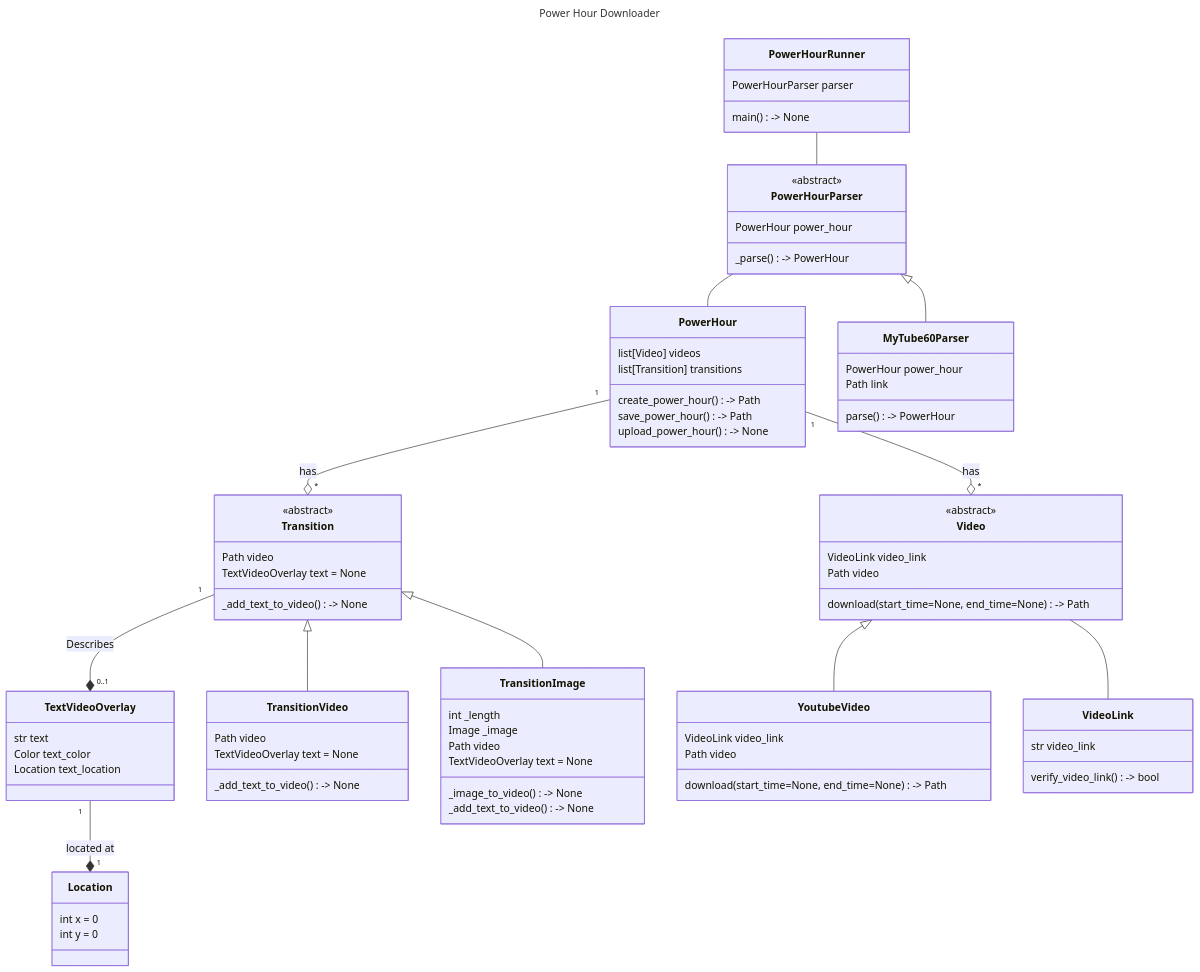
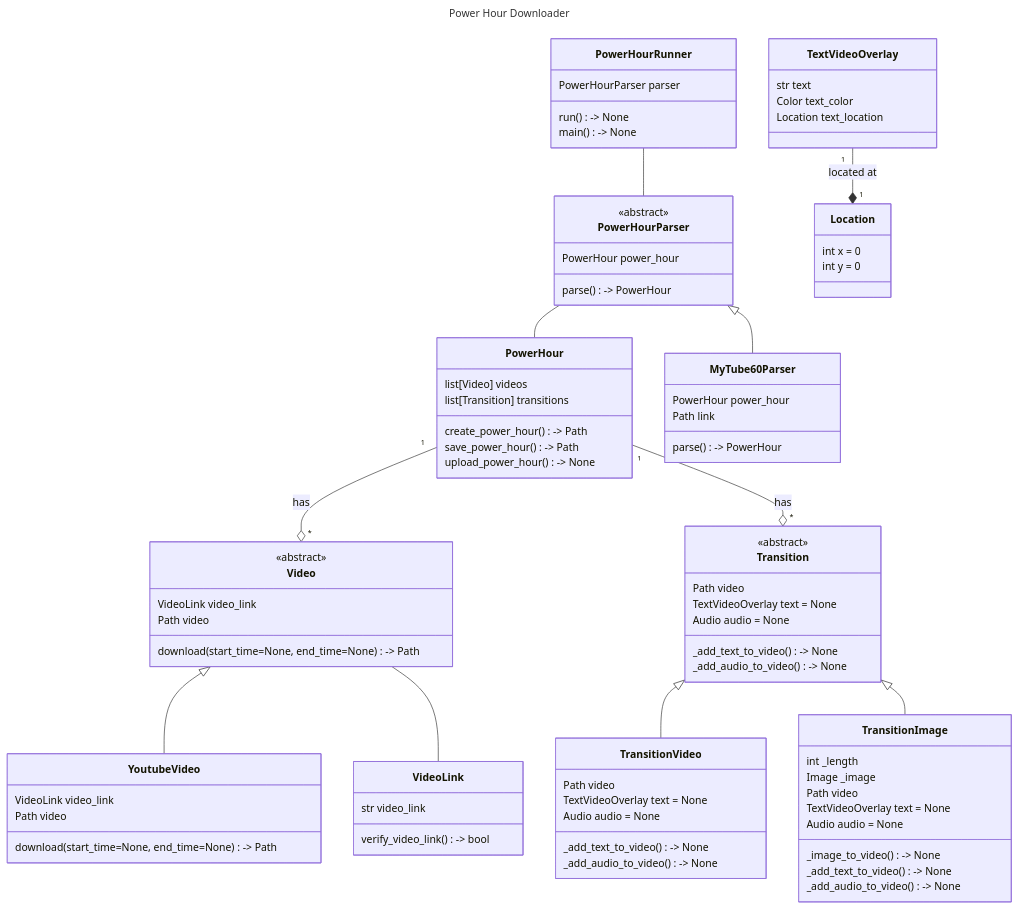
Before and after one commit to tjander3/PowerHourDownloader: the diagram in class-diagram.md, drawn with Mermaid. The commit also changed 13 other files, not shown here.

```diff
--- a/class-diagram.md
+++ b/class-diagram.md
@@ -8,6 +8,7 @@
     class PowerHourRunner {
         PowerHourParser parser
 
+        run() -> None
         main() -> None
     }
 
@@ -27,7 +28,7 @@
         <<abstract>>
         PowerHour power_hour
 
-        _parse() -> PowerHour
+        parse() -> PowerHour
     }
 
     PowerHourParser <|-- MyTube60Parser
@@ -53,21 +54,24 @@
         Location text_location
     }
 
-    Transition "1" --* "0..1" TextVideoOverlay : Describes
     class Transition {
         <<abstract>>
         Path video
         TextVideoOverlay text = None
+        Audio audio = None
 
         _add_text_to_video() -> None
+        _add_audio_to_video() -> None
     }
 
     Transition <|-- TransitionVideo
     class TransitionVideo {
         Path video
         TextVideoOverlay text = None
+        Audio audio = None
 
         _add_text_to_video() -> None
+        _add_audio_to_video() -> None
     }
 
     Transition <|-- TransitionImage
@@ -76,9 +80,11 @@
         Image _image
         Path video
         TextVideoOverlay text = None
+        Audio audio = None
 
         _image_to_video() -> None
         _add_text_to_video() -> None
+        _add_audio_to_video() -> None
     }
 
     class Video{
```
